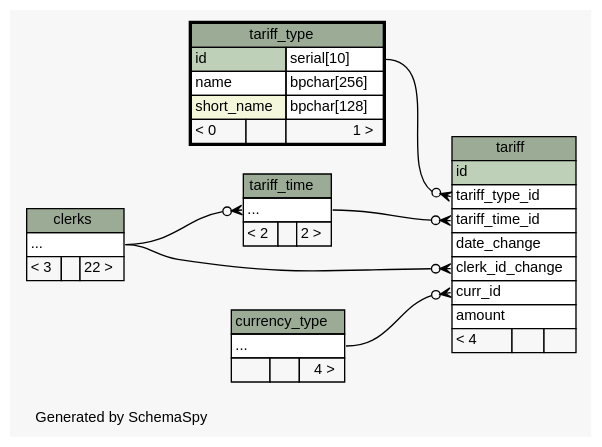
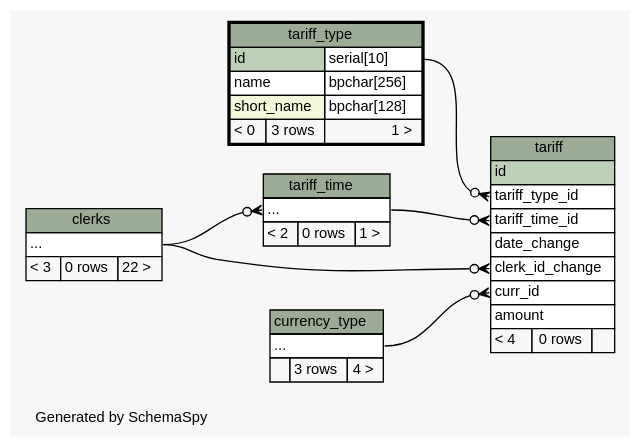
One commit to okharch/avox changed the diagram in db_schema/diagrams/tariff_type.2degrees.dot. Above: the diagram before and after it, drawn with Graphviz. The commit also changed 391 other files, not shown here.

```diff
--- a/db_schema/diagrams/tariff_type.2degrees.dot
+++ b/db_schema/diagrams/tariff_type.2degrees.dot
@@ -1,85 +1,85 @@
 // dot 2.26.0 on Linux 2.6.32-358.2.1.el6.x86_64
 // SchemaSpy rev 590
 digraph "twoDegreesRelationshipsDiagram" {
   graph [
     rankdir="RL"
     bgcolor="#f7f7f7"
     label="\nGenerated by SchemaSpy"
     labeljust="l"
     nodesep="0.18"
     ranksep="0.46"
     fontname="Helvetica"
     fontsize="11"
   ];
   node [
     fontname="Helvetica"
     fontsize="11"
     shape="plaintext"
   ];
   edge [
     arrowsize="0.8"
   ];
   "tariff":"clerk_id_change":w -> "clerks":"elipses":e [arrowhead=none dir=back arrowtail=crowodot];
   "tariff":"curr_id":w -> "currency_type":"elipses":e [arrowhead=none dir=back arrowtail=crowodot];
   "tariff":"tariff_time_id":w -> "tariff_time":"elipses":e [arrowhead=none dir=back arrowtail=crowodot];
   "tariff":"tariff_type_id":w -> "tariff_type":"id.type":e [arrowhead=none dir=back arrowtail=crowodot];
   "tariff_time":"elipses":w -> "clerks":"elipses":e [arrowhead=none dir=back arrowtail=crowodot];
   "clerks" [
     label=<
     <TABLE BORDER="0" CELLBORDER="1" CELLSPACING="0" BGCOLOR="#ffffff">
       <TR><TD COLSPAN="3" BGCOLOR="#9bab96" ALIGN="CENTER">clerks</TD></TR>
       <TR><TD PORT="elipses" COLSPAN="3" ALIGN="LEFT">...</TD></TR>
-      <TR><TD ALIGN="LEFT" BGCOLOR="#f7f7f7">&lt; 3</TD><TD ALIGN="RIGHT" BGCOLOR="#f7f7f7">  </TD><TD ALIGN="RIGHT" BGCOLOR="#f7f7f7">22 &gt;</TD></TR>
+      <TR><TD ALIGN="LEFT" BGCOLOR="#f7f7f7">&lt; 3</TD><TD ALIGN="RIGHT" BGCOLOR="#f7f7f7">0 rows</TD><TD ALIGN="RIGHT" BGCOLOR="#f7f7f7">22 &gt;</TD></TR>
     </TABLE>>
     URL="clerks.html"
     tooltip="clerks"
   ];
   "currency_type" [
     label=<
     <TABLE BORDER="0" CELLBORDER="1" CELLSPACING="0" BGCOLOR="#ffffff">
       <TR><TD COLSPAN="3" BGCOLOR="#9bab96" ALIGN="CENTER">currency_type</TD></TR>
       <TR><TD PORT="elipses" COLSPAN="3" ALIGN="LEFT">...</TD></TR>
-      <TR><TD ALIGN="LEFT" BGCOLOR="#f7f7f7">  </TD><TD ALIGN="RIGHT" BGCOLOR="#f7f7f7">  </TD><TD ALIGN="RIGHT" BGCOLOR="#f7f7f7">4 &gt;</TD></TR>
+      <TR><TD ALIGN="LEFT" BGCOLOR="#f7f7f7">  </TD><TD ALIGN="RIGHT" BGCOLOR="#f7f7f7">3 rows</TD><TD ALIGN="RIGHT" BGCOLOR="#f7f7f7">4 &gt;</TD></TR>
     </TABLE>>
     URL="currency_type.html"
     tooltip="currency_type"
   ];
   "tariff" [
     label=<
     <TABLE BORDER="0" CELLBORDER="1" CELLSPACING="0" BGCOLOR="#ffffff">
       <TR><TD COLSPAN="3" BGCOLOR="#9bab96" ALIGN="CENTER">tariff</TD></TR>
       <TR><TD PORT="id" COLSPAN="3" BGCOLOR="#bed1b8" ALIGN="LEFT">id</TD></TR>
       <TR><TD PORT="tariff_type_id" COLSPAN="3" ALIGN="LEFT">tariff_type_id</TD></TR>
       <TR><TD PORT="tariff_time_id" COLSPAN="3" ALIGN="LEFT">tariff_time_id</TD></TR>
       <TR><TD PORT="date_change" COLSPAN="3" ALIGN="LEFT">date_change</TD></TR>
       <TR><TD PORT="clerk_id_change" COLSPAN="3" ALIGN="LEFT">clerk_id_change</TD></TR>
       <TR><TD PORT="curr_id" COLSPAN="3" ALIGN="LEFT">curr_id</TD></TR>
       <TR><TD PORT="amount" COLSPAN="3" ALIGN="LEFT">amount</TD></TR>
-      <TR><TD ALIGN="LEFT" BGCOLOR="#f7f7f7">&lt; 4</TD><TD ALIGN="RIGHT" BGCOLOR="#f7f7f7">  </TD><TD ALIGN="RIGHT" BGCOLOR="#f7f7f7">  </TD></TR>
+      <TR><TD ALIGN="LEFT" BGCOLOR="#f7f7f7">&lt; 4</TD><TD ALIGN="RIGHT" BGCOLOR="#f7f7f7">0 rows</TD><TD ALIGN="RIGHT" BGCOLOR="#f7f7f7">  </TD></TR>
     </TABLE>>
     URL="tariff.html"
     tooltip="tariff"
   ];
   "tariff_time" [
     label=<
     <TABLE BORDER="0" CELLBORDER="1" CELLSPACING="0" BGCOLOR="#ffffff">
       <TR><TD COLSPAN="3" BGCOLOR="#9bab96" ALIGN="CENTER">tariff_time</TD></TR>
       <TR><TD PORT="elipses" COLSPAN="3" ALIGN="LEFT">...</TD></TR>
-      <TR><TD ALIGN="LEFT" BGCOLOR="#f7f7f7">&lt; 2</TD><TD ALIGN="RIGHT" BGCOLOR="#f7f7f7">  </TD><TD ALIGN="RIGHT" BGCOLOR="#f7f7f7">2 &gt;</TD></TR>
+      <TR><TD ALIGN="LEFT" BGCOLOR="#f7f7f7">&lt; 2</TD><TD ALIGN="RIGHT" BGCOLOR="#f7f7f7">0 rows</TD><TD ALIGN="RIGHT" BGCOLOR="#f7f7f7">1 &gt;</TD></TR>
     </TABLE>>
     URL="tariff_time.html"
     tooltip="tariff_time"
   ];
   "tariff_type" [
     label=<
     <TABLE BORDER="2" CELLBORDER="1" CELLSPACING="0" BGCOLOR="#ffffff">
       <TR><TD COLSPAN="3" BGCOLOR="#9bab96" ALIGN="CENTER">tariff_type</TD></TR>
       <TR><TD PORT="id" COLSPAN="2" BGCOLOR="#bed1b8" ALIGN="LEFT">id</TD><TD PORT="id.type" ALIGN="LEFT">serial[10]</TD></TR>
       <TR><TD PORT="name" COLSPAN="2" ALIGN="LEFT">name</TD><TD PORT="name.type" ALIGN="LEFT">bpchar[256]</TD></TR>
       <TR><TD PORT="short_name" COLSPAN="2" BGCOLOR="#f4f7da" ALIGN="LEFT">short_name</TD><TD PORT="short_name.type" ALIGN="LEFT">bpchar[128]</TD></TR>
-      <TR><TD ALIGN="LEFT" BGCOLOR="#f7f7f7">&lt; 0</TD><TD ALIGN="RIGHT" BGCOLOR="#f7f7f7">  </TD><TD ALIGN="RIGHT" BGCOLOR="#f7f7f7">1 &gt;</TD></TR>
+      <TR><TD ALIGN="LEFT" BGCOLOR="#f7f7f7">&lt; 0</TD><TD ALIGN="RIGHT" BGCOLOR="#f7f7f7">3 rows</TD><TD ALIGN="RIGHT" BGCOLOR="#f7f7f7">1 &gt;</TD></TR>
     </TABLE>>
     URL="tariff_type.html"
     tooltip="tariff_type"
   ];
 }
```
